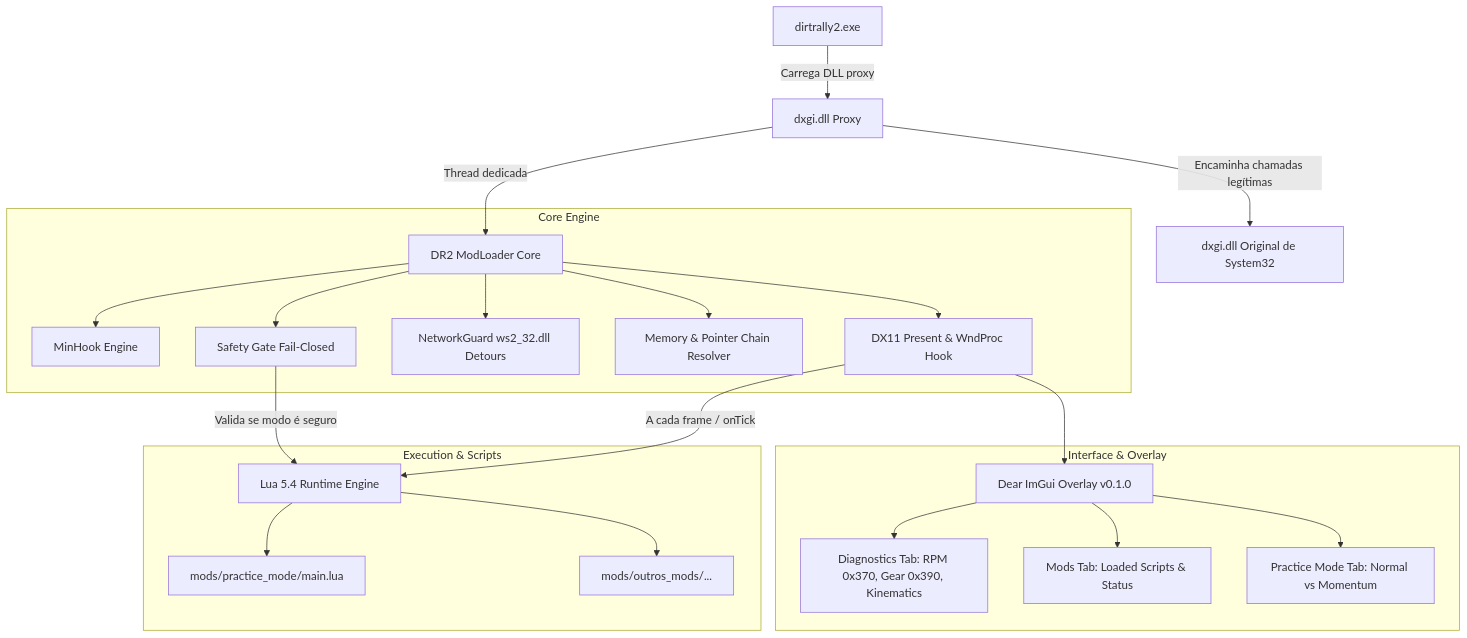
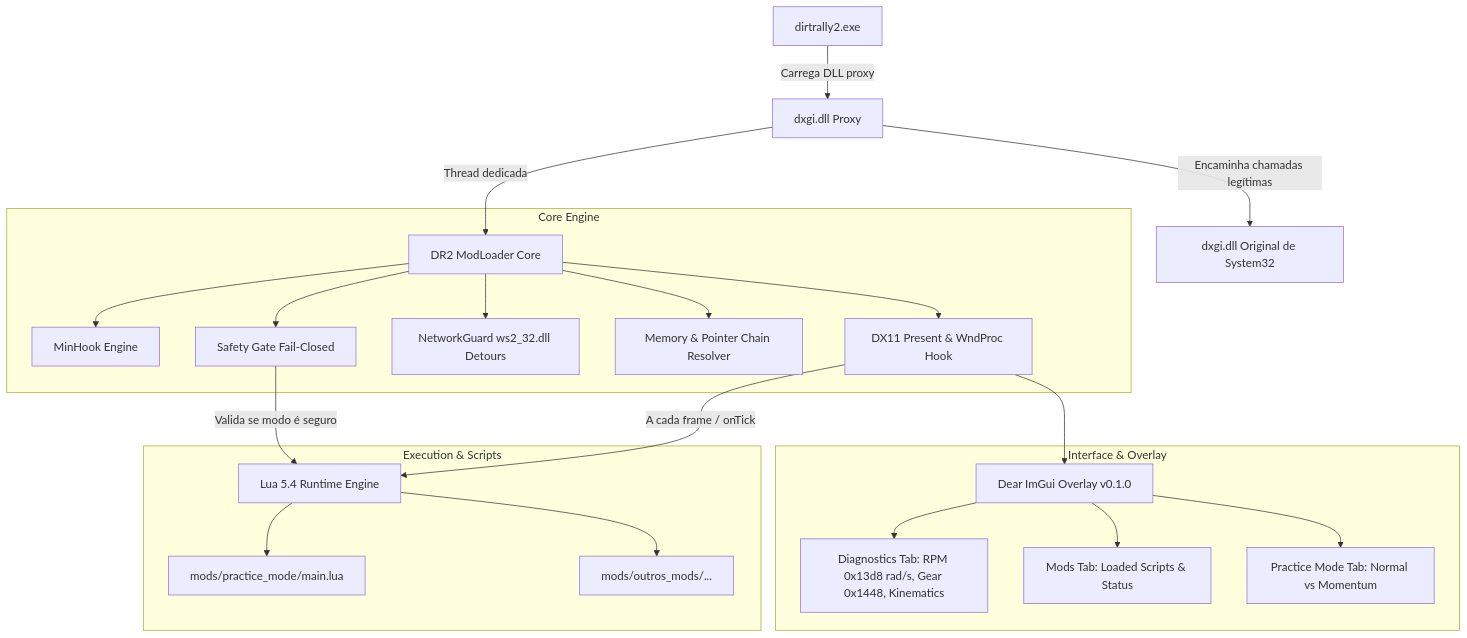
The diagram in SSOT.md (dsnsilvf/DR2Hook), drawn with Mermaid before and after one commit. The commit also changed other lines of this file and 6 other files, not shown here.

````diff
--- a/SSOT.md
+++ b/SSOT.md
@@ -32,28 +32,28 @@
 ```mermaid
 graph TD
     A[dirtrally2.exe] -->|Carrega DLL proxy| B[dxgi.dll Proxy]
     B -->|Thread dedicada| C[DR2 ModLoader Core]
     B -->|Encaminha chamadas legítimas| SYS[dxgi.dll Original de System32]
     
     subgraph Core Engine
         C --> D[MinHook Engine]
         C --> E[Safety Gate Fail-Closed]
         C --> NET[NetworkGuard ws2_32.dll Detours]
         C --> F[Memory & Pointer Chain Resolver]
         C --> G[DX11 Present & WndProc Hook]
     end
     
     subgraph Interface & Overlay
         G --> UI[Dear ImGui Overlay v0.1.0]
-        UI --> TAB1[Diagnostics Tab: RPM 0x370, Gear 0x390, Kinematics]
+        UI --> TAB1[Diagnostics Tab: RPM 0x13d8 rad/s, Gear 0x1448, Kinematics]
         UI --> TAB2[Mods Tab: Loaded Scripts & Status]
         UI --> TAB3[Practice Mode Tab: Normal vs Momentum]
     end
     
     subgraph Execution & Scripts
         G -->|A cada frame / onTick| H[Lua 5.4 Runtime Engine]
         E -->|Valida se modo é seguro| H
         H --> I[mods/practice_mode/main.lua]
         H --> J[mods/outros_mods/...]
     end
 ```
````
